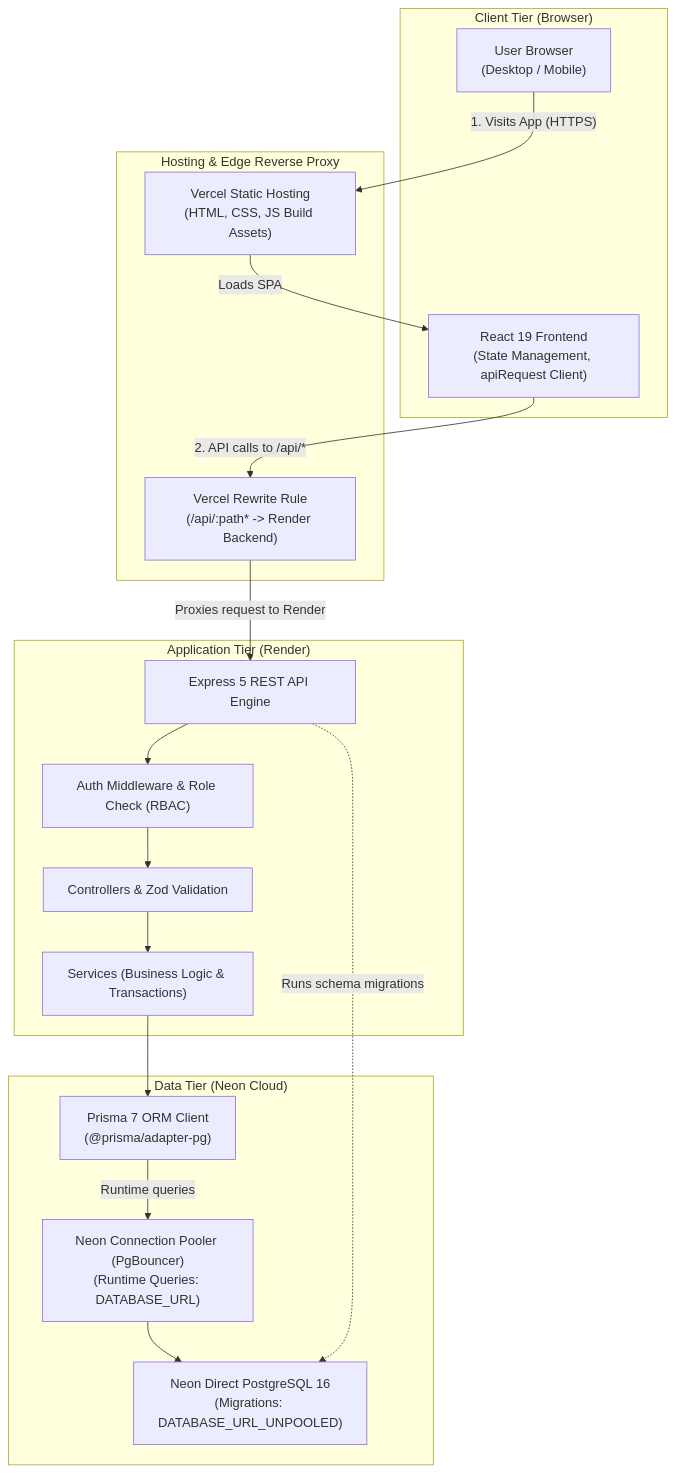
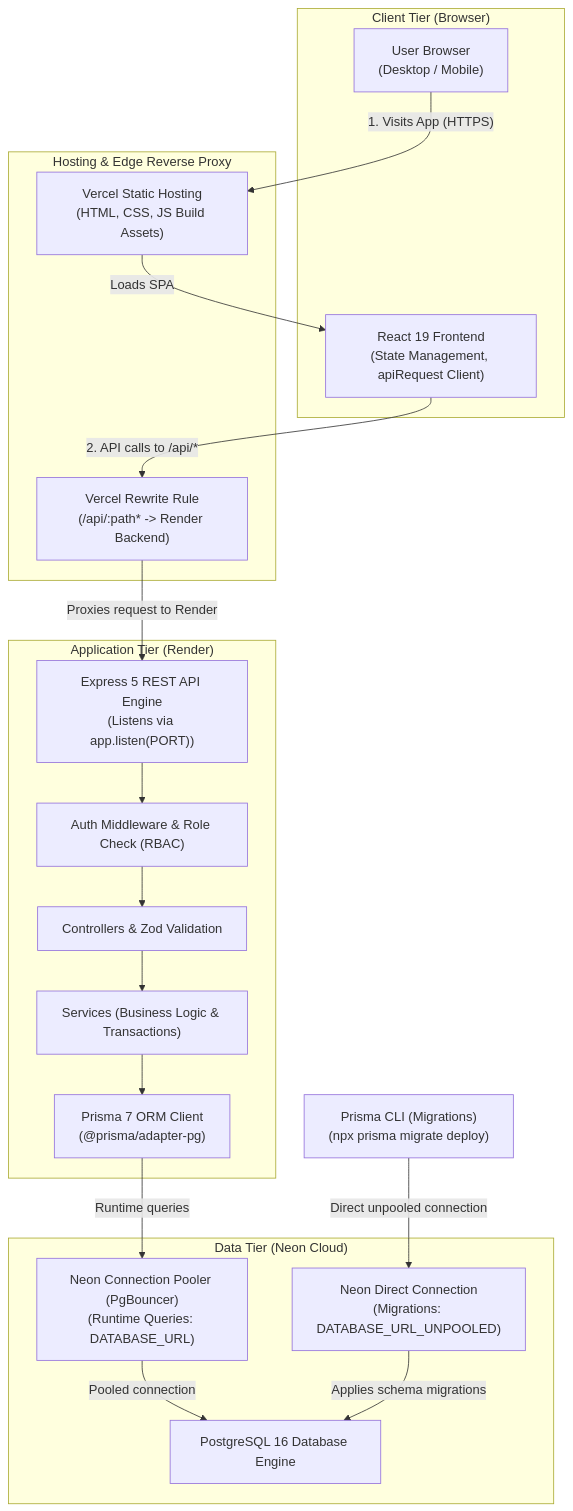
The first of 4 diagrams in HLD.md (bhavanaaa-1/fridge-police), drawn with Mermaid before and after one commit. The commit also changed other lines of this file and 4 other files, not shown here.

````diff
--- a/HLD.md
+++ b/HLD.md
@@ -19,37 +19,39 @@
 ```mermaid
 flowchart TD
     subgraph Client ["Client Tier (Browser)"]
         User["User Browser<br/>(Desktop / Mobile)"]
         ReactSPA["React 19 Frontend<br/>(State Management, apiRequest Client)"]
     end
 
     subgraph Vercel ["Hosting & Edge Reverse Proxy"]
         VercelCDN["Vercel Static Hosting<br/>(HTML, CSS, JS Build Assets)"]
         VercelRewrite["Vercel Rewrite Rule<br/>(/api/:path* -> Render Backend)"]
     end
 
     subgraph Render ["Application Tier (Render)"]
-        ExpressApp["Express 5 REST API Engine"]
+        ExpressApp["Express 5 REST API Engine<br/>(Listens via app.listen(PORT))"]
         Middlewares["Auth Middleware & Role Check (RBAC)"]
         Controllers["Controllers & Zod Validation"]
         Services["Services (Business Logic & Transactions)"]
+        PrismaORM["Prisma 7 ORM Client<br/>(@prisma/adapter-pg)"]
     end
 
     subgraph NeonDB ["Data Tier (Neon Cloud)"]
         PgBouncer["Neon Connection Pooler (PgBouncer)<br/>(Runtime Queries: DATABASE_URL)"]
-        DirectPostgres["Neon Direct PostgreSQL 16<br/>(Migrations: DATABASE_URL_UNPOOLED)"]
-        PrismaORM["Prisma 7 ORM Client<br/>(@prisma/adapter-pg)"]
+        DirectPostgres["Neon Direct Connection<br/>(Migrations: DATABASE_URL_UNPOOLED)"]
+        PostgresEngine["PostgreSQL 16 Database Engine"]
     end
 
     User -->|"1. Visits App (HTTPS)"| VercelCDN
     VercelCDN -->|"Loads SPA"| ReactSPA
     ReactSPA -->|"2. API calls to /api/*"| VercelRewrite
     VercelRewrite -->|"Proxies request to Render"| ExpressApp
     ExpressApp --> Middlewares
     Middlewares --> Controllers
     Controllers --> Services
     Services --> PrismaORM
     PrismaORM -->|"Runtime queries"| PgBouncer
-    PgBouncer --> DirectPostgres
-    ExpressApp -.->|"Runs schema migrations"| DirectPostgres
+    PgBouncer -->|"Pooled connection"| PostgresEngine
+    PrismaCLI["Prisma CLI (Migrations)<br/>(npx prisma migrate deploy)"] -->|"Direct unpooled connection"| DirectPostgres
+    DirectPostgres -->|"Applies schema migrations"| PostgresEngine
 ```
````
